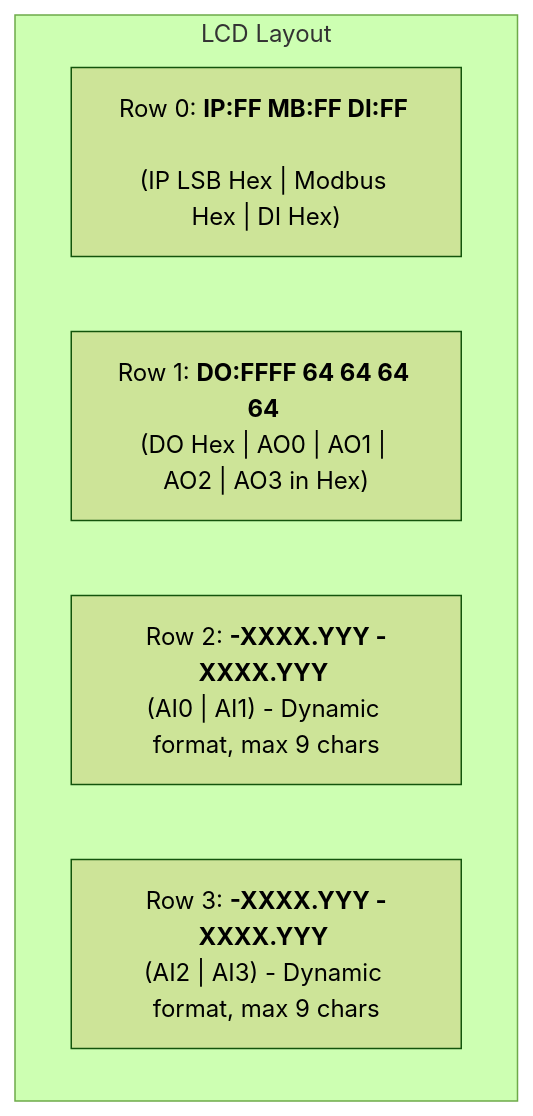
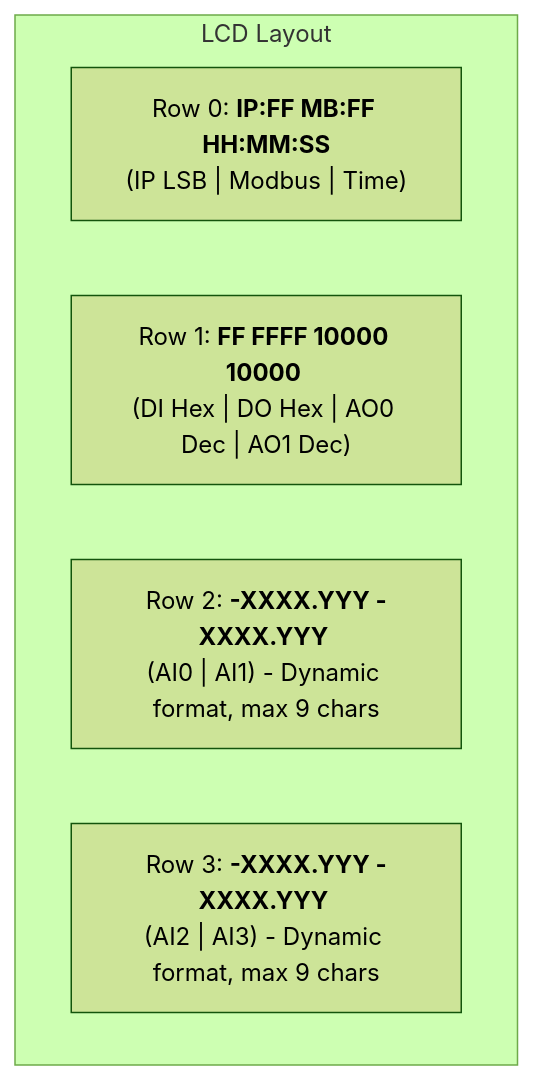
One commit to sa3mv3g/jerry changed the diagram in plans/lcd_layout_plan.md. Above: the diagram before and after it, drawn with Mermaid (forest theme). The commit also changed other lines of this file and 28 other files, not shown here.

````diff
--- a/plans/lcd_layout_plan.md
+++ b/plans/lcd_layout_plan.md
@@ -8,11 +8,11 @@
 ```mermaid
 graph TD
     subgraph LCD Layout
-        R0["Row 0: <B>IP:FF MB:FF DI:FF   </B><BR/>(IP LSB Hex | Modbus Hex | DI Hex)"]
-        R1["Row 1: <B>DO:FFFF 64 64 64 64 </B><BR/>(DO Hex | AO0 | AO1 | AO2 | AO3 in Hex)"]
+        R0["Row 0: <B>IP:FF MB:FF HH:MM:SS</B><BR/>(IP LSB | Modbus | Time)"]
+        R1["Row 1: <B>FF FFFF 10000 10000 </B><BR/>(DI Hex | DO Hex | AO0 Dec | AO1 Dec)"]
         R2["Row 2: <B>-XXXX.YYY -XXXX.YYY </B><BR/>(AI0 | AI1) - Dynamic format, max 9 chars"]
         R3["Row 3: <B>-XXXX.YYY -XXXX.YYY </B><BR/>(AI2 | AI3) - Dynamic format, max 9 chars"]
     end
 
     R0 & R1 & R2 & R3
 ```
````
